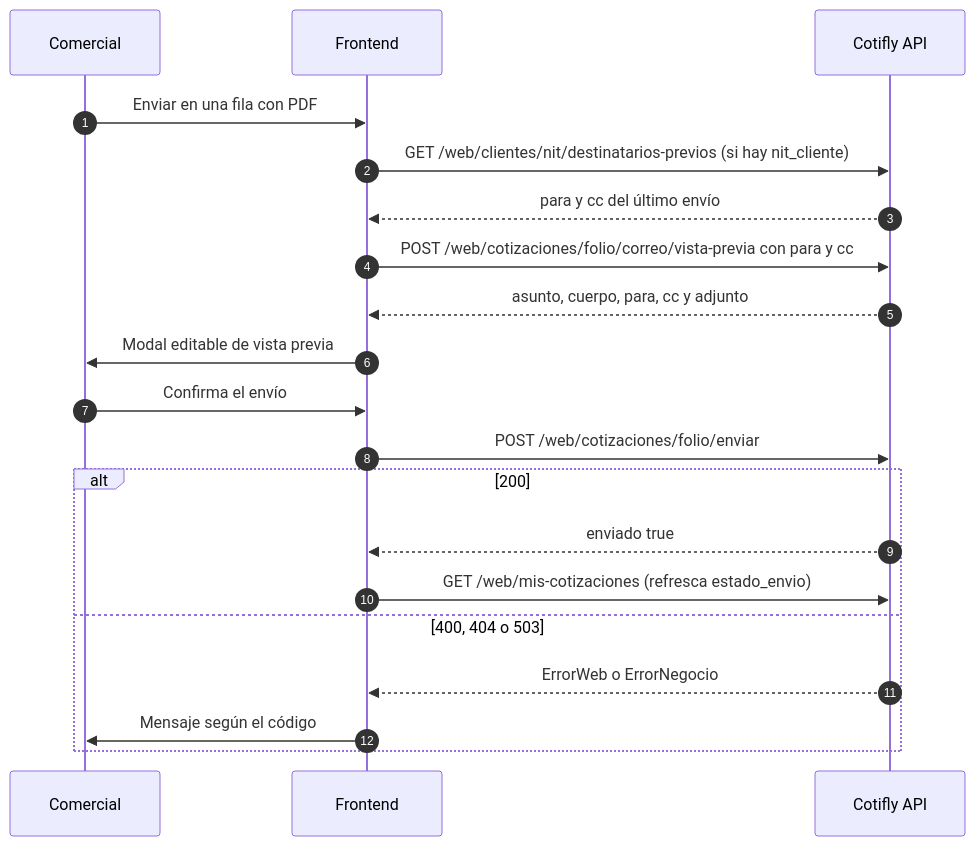
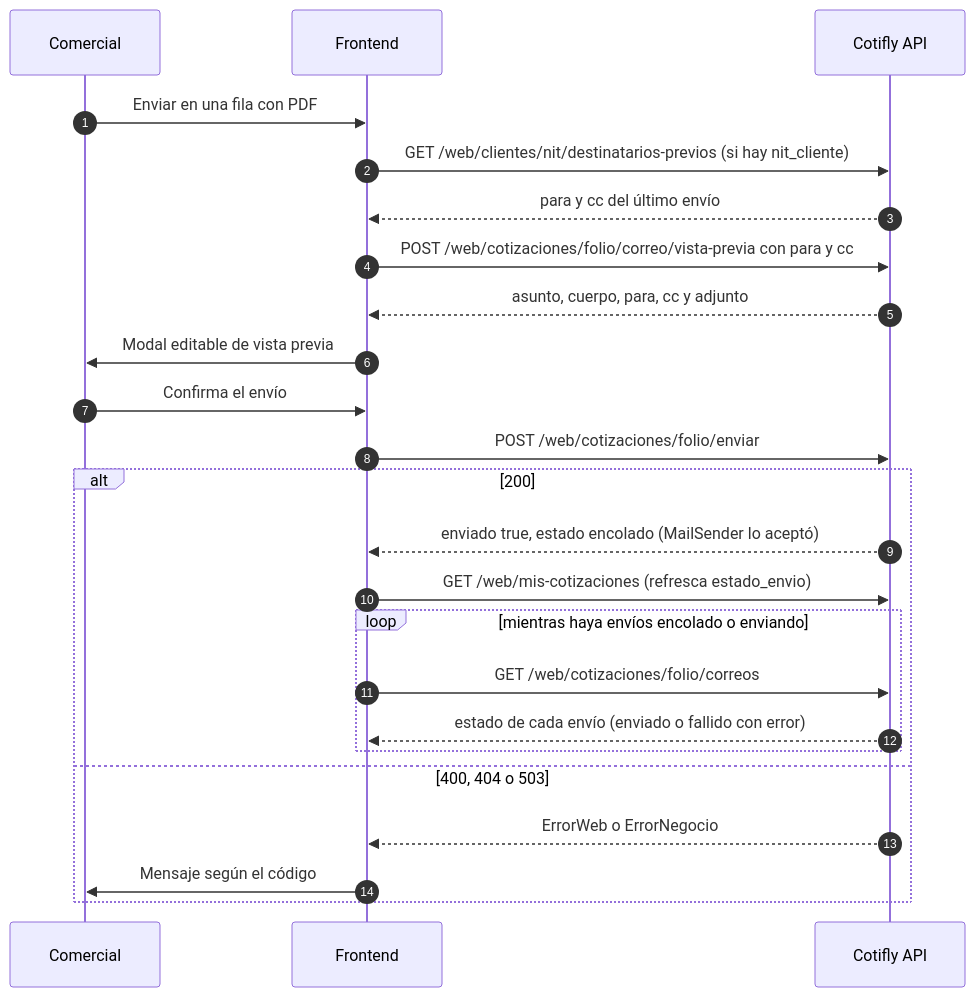
One commit to InnovacionIA-proyectos/Cotifly changed the sixth of 11 diagrams in docs/docs_front/GUIA_FRONTEND_COTIFLY.md. Above: the diagram before and after it, drawn with Mermaid. The commit also changed other lines of this file and 12 other files, not shown here.

````diff
--- a/docs/docs_front/GUIA_FRONTEND_COTIFLY.md
+++ b/docs/docs_front/GUIA_FRONTEND_COTIFLY.md
@@ -2141,22 +2164,26 @@
 ```mermaid
 sequenceDiagram
     autonumber
     participant U as Comercial
     participant F as Frontend
     participant A as Cotifly API
     U->>F: Enviar en una fila con PDF
     F->>A: GET /web/clientes/nit/destinatarios-previos (si hay nit_cliente)
     A-->>F: para y cc del último envío
     F->>A: POST /web/cotizaciones/folio/correo/vista-previa con para y cc
     A-->>F: asunto, cuerpo, para, cc y adjunto
     F->>U: Modal editable de vista previa
     U->>F: Confirma el envío
     F->>A: POST /web/cotizaciones/folio/enviar
     alt 200
-        A-->>F: enviado true
+        A-->>F: enviado true, estado encolado (MailSender lo aceptó)
         F->>A: GET /web/mis-cotizaciones (refresca estado_envio)
+        loop mientras haya envíos encolado o enviando
+            F->>A: GET /web/cotizaciones/folio/correos
+            A-->>F: estado de cada envío (enviado o fallido con error)
+        end
     else 400, 404 o 503
         A-->>F: ErrorWeb o ErrorNegocio
         F->>U: Mensaje según el código
     end
 ```
````
